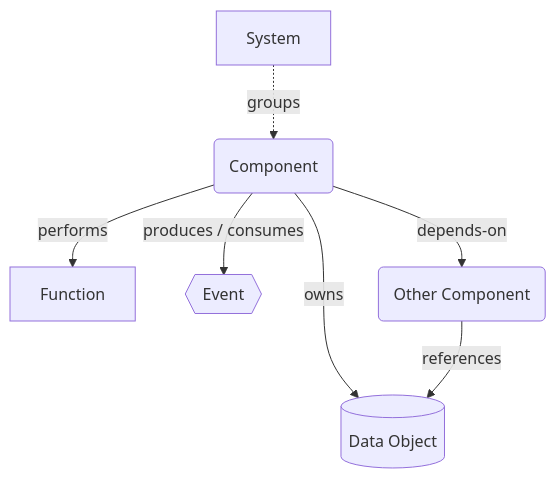
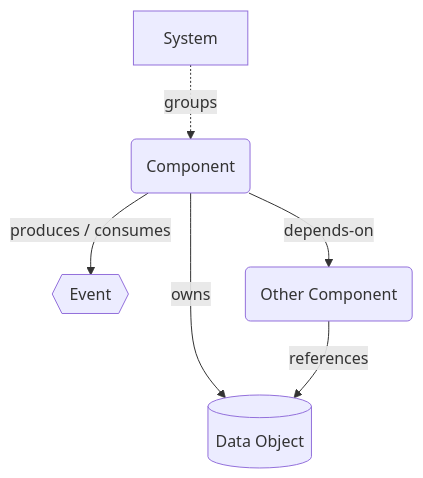
Before and after one commit to mykhailo-kulish/contour: the first of 7 diagrams in contour.md, drawn with Mermaid. The commit also changed other lines of this file, not shown here.

````diff
--- a/contour.md
+++ b/contour.md
@@ -300,9 +248,8 @@
 ```mermaid
 graph TD
     Y[System] -.->|groups| Sys(Component)
-    Sys -->|performs| F[Function]
     Sys -->|produces / consumes| E{{Event}}
     Sys -->|owns| D[(Data Object)]
     Other(Other Component) -->|references| D
     Sys -->|depends-on| Other
 ```
````
